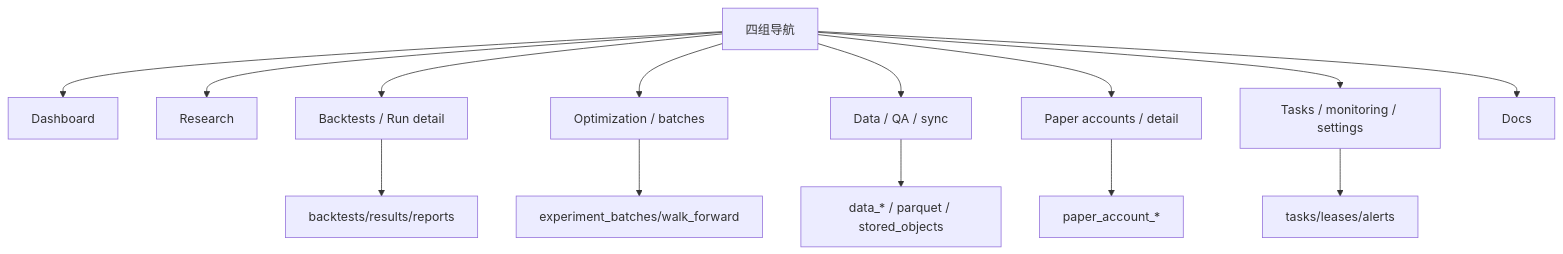
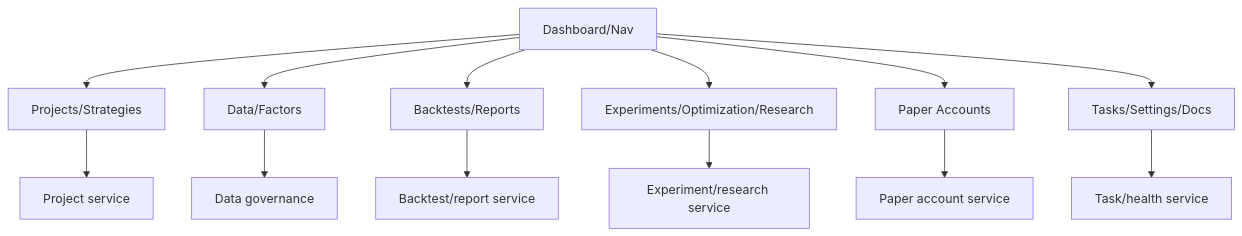
The seventh of 9 diagrams in docs/audit/actual-environment-system-review-2026-08-02.md (magic-alt/lean-local-platform), drawn with Mermaid before and after one commit. The commit also changed other lines of this file and 35 other files, not shown here.

````diff
--- a/docs/audit/actual-environment-system-review-2026-08-02.md
+++ b/docs/audit/actual-environment-system-review-2026-08-02.md
@@ -209,16 +200,15 @@
 ```mermaid
 flowchart TB
-  NAV[四组导航] --> DASH[Dashboard]
-  NAV --> RES[Research]
-  NAV --> BT[Backtests / Run detail]
-  NAV --> OPT[Optimization / batches]
-  NAV --> DATA[Data / QA / sync]
-  NAV --> PAPER[Paper accounts / detail]
-  NAV --> OPS[Tasks / monitoring / settings]
-  NAV --> DOC[Docs]
-  BT --> BTD[backtests/results/reports]
-  OPT --> EXP[experiment_batches/walk_forward]
-  PAPER --> PA[paper_account_*]
-  DATA --> DD[data_* / parquet / stored_objects]
-  OPS --> TD[tasks/leases/alerts]
+  UI[Dashboard/Nav] --> PR[Projects/Strategies]
+  UI --> DA[Data/Factors]
+  UI --> BT[Backtests/Reports]
+  UI --> EX[Experiments/Optimization/Research]
+  UI --> PP[Paper Accounts]
+  UI --> OP[Tasks/Settings/Docs]
+  PR --> PS[Project service]
+  DA --> DS[Data governance]
+  BT --> BS[Backtest/report service]
+  EX --> ES[Experiment/research service]
+  PP --> PAS[Paper account service]
+  OP --> TS[Task/health service]
 ```
````
